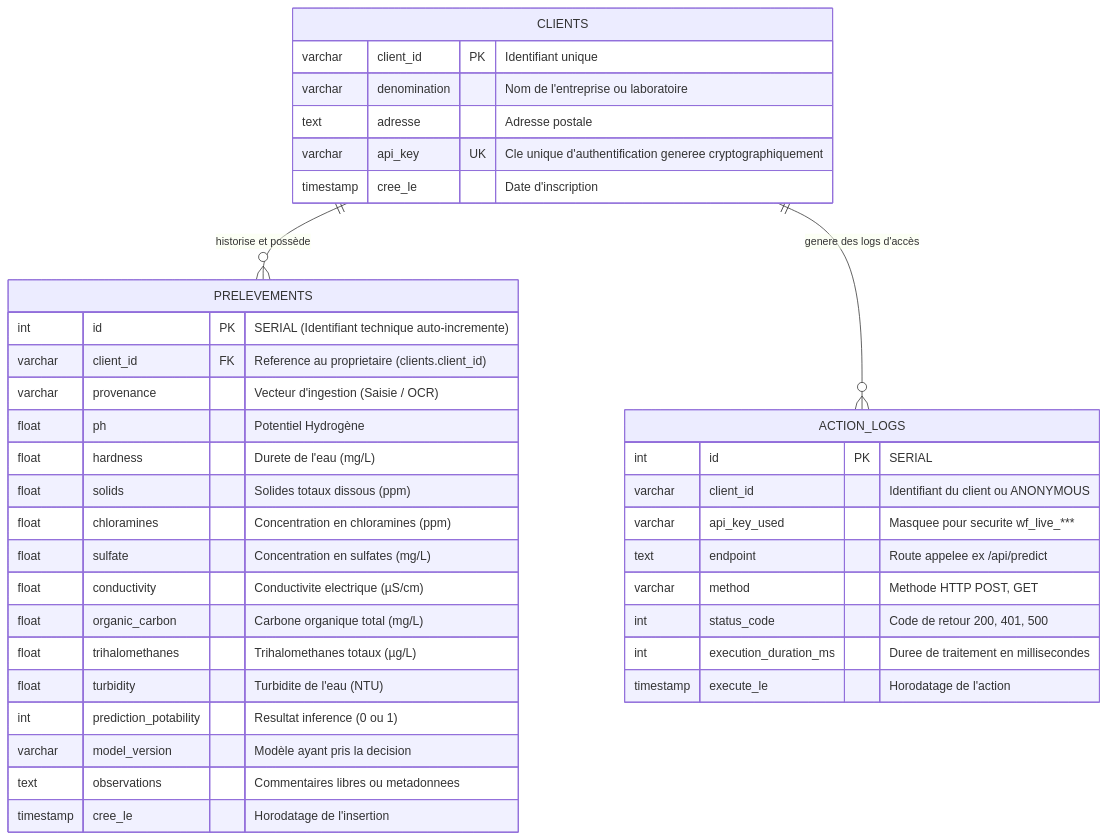
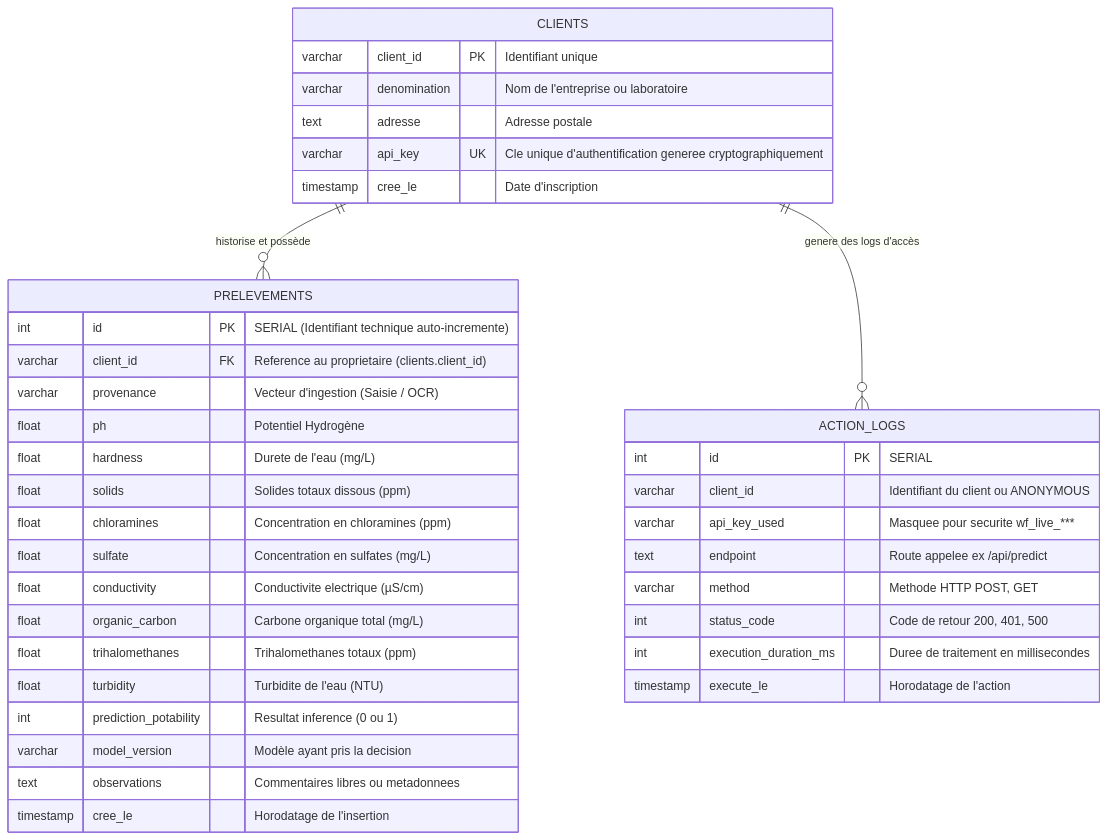
The diagram in docs/data_model.md (bruno-coulet/drink_safe), drawn with Mermaid before and after one commit. The commit also changed 8 other files, not shown here.

Commit message:
docs: schémas d'architecture et mise à jour du README

````diff
--- a/docs/data_model.md
+++ b/docs/data_model.md
@@ -13,43 +13,43 @@
 ```mermaid
 erDiagram
     CLIENTS {
         varchar client_id PK "Identifiant unique"
         varchar denomination "Nom de l'entreprise ou laboratoire"
         text adresse "Adresse postale"
         varchar api_key UK "Cle unique d'authentification generee cryptographiquement"
         timestamp cree_le "Date d'inscription"
     }
 
     PRELEVEMENTS {
         int id PK "SERIAL (Identifiant technique auto-incremente)"
         varchar client_id FK "Reference au proprietaire (clients.client_id)"
         varchar provenance "Vecteur d'ingestion (Saisie / OCR)"
         float ph "Potentiel Hydrogène"
         float hardness "Durete de l'eau (mg/L)"
         float solids "Solides totaux dissous (ppm)"
         float chloramines "Concentration en chloramines (ppm)"
         float sulfate "Concentration en sulfates (mg/L)"
         float conductivity "Conductivite electrique (µS/cm)"
         float organic_carbon "Carbone organique total (mg/L)"
-        float trihalomethanes "Trihalomethanes totaux (µg/L)"
+        float trihalomethanes "Trihalomethanes totaux (ppm)"
         float turbidity "Turbidite de l'eau (NTU)"
         int prediction_potability "Resultat inference (0 ou 1)"
         varchar model_version "Modèle ayant pris la decision"
         text observations "Commentaires libres ou metadonnees"
         timestamp cree_le "Horodatage de l'insertion"
     }
 
     ACTION_LOGS {
         int id PK "SERIAL"
         varchar client_id "Identifiant du client ou ANONYMOUS"
         varchar api_key_used "Masquee pour securite wf_live_***"
         text endpoint "Route appelee ex /api/predict"
         varchar method "Methode HTTP POST, GET"
         int status_code "Code de retour 200, 401, 500"
         int execution_duration_ms "Duree de traitement en millisecondes"
         timestamp execute_le "Horodatage de l'action"
     }
 
     CLIENTS ||--o{ PRELEVEMENTS : "historise et possède"
     CLIENTS ||--o{ ACTION_LOGS : "genere des logs d'accès"
 ```
````
